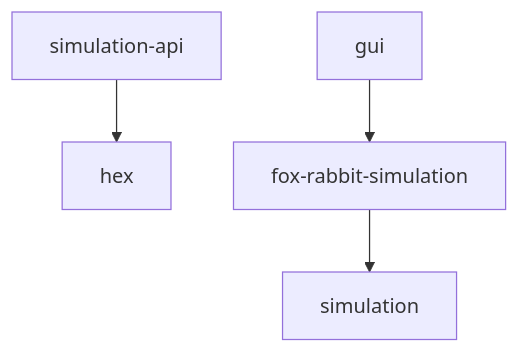
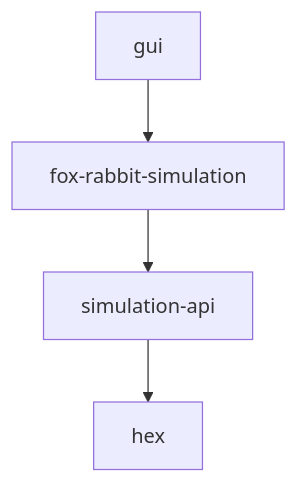
The diagram in README.MD (vkovacs/HexSim), drawn with Mermaid before and after one commit.

Commit message:
fix diagramm

````diff
--- a/README.MD
+++ b/README.MD
@@ -30,6 +30,6 @@
 ```mermaid
 graph TD;
     simulation-api-->hex;
-    fox-rabbit-simulation-->simulation;
+    fox-rabbit-simulation-->simulation-api;
     gui-->fox-rabbit-simulation;
 ```
````
